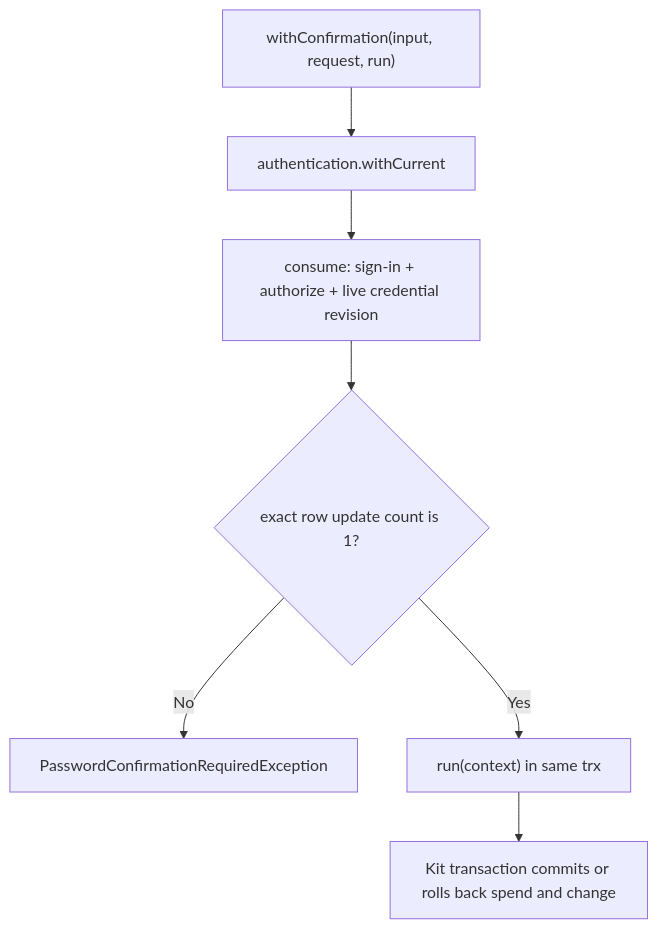
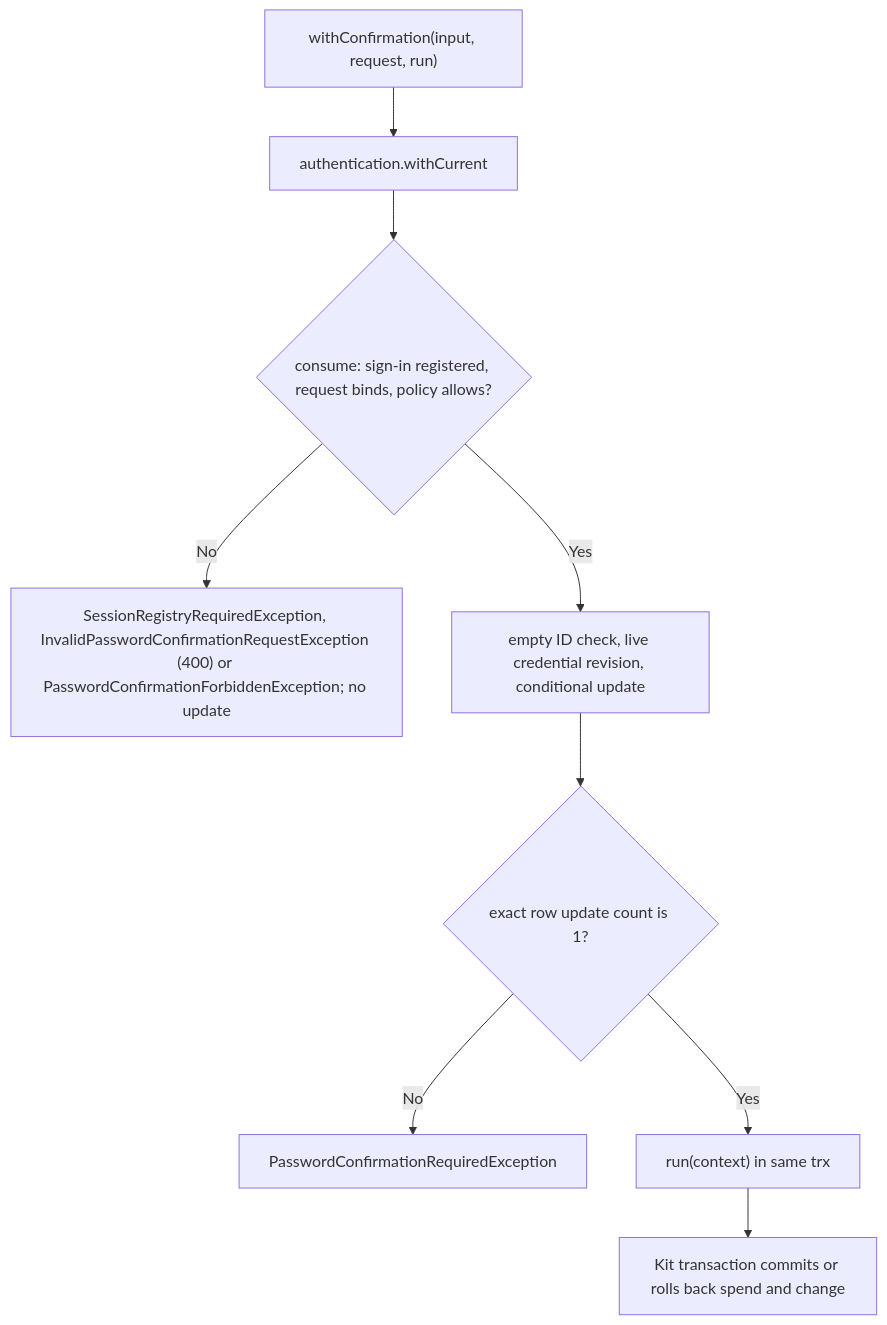
One commit to Kevinjohn/oss-adonisjs-confirm-action-with-password changed the second of 2 diagrams in user-stories/US-CONFIRM-02-spend-confirmation.md. Above: the diagram before and after it, drawn with Mermaid. The commit also changed other lines of this file and 7 other files, not shown here.

````diff
--- a/user-stories/US-CONFIRM-02-spend-confirmation.md
+++ b/user-stories/US-CONFIRM-02-spend-confirmation.md
@@ -35,9 +35,11 @@
 ```mermaid
 flowchart TD
     A["withConfirmation(input, request, run)"] --> B["authentication.withCurrent"]
-    B --> C["consume: sign-in + authorize + live credential revision"]
-    C --> D{"exact row update count is 1?"}
+    B --> C{"consume: sign-in registered, request binds, policy allows?"}
+    C -->|No| C2["SessionRegistryRequiredException, InvalidPasswordConfirmationRequestException (400) or PasswordConfirmationForbiddenException; no update"]
+    C -->|Yes| C3["empty ID check, live credential revision, conditional update"]
+    C3 --> D{"exact row update count is 1?"}
     D -->|No| E["PasswordConfirmationRequiredException"]
     D -->|Yes| F["run(context) in same trx"]
     F --> G["Kit transaction commits or rolls back spend and change"]
 ```
````
